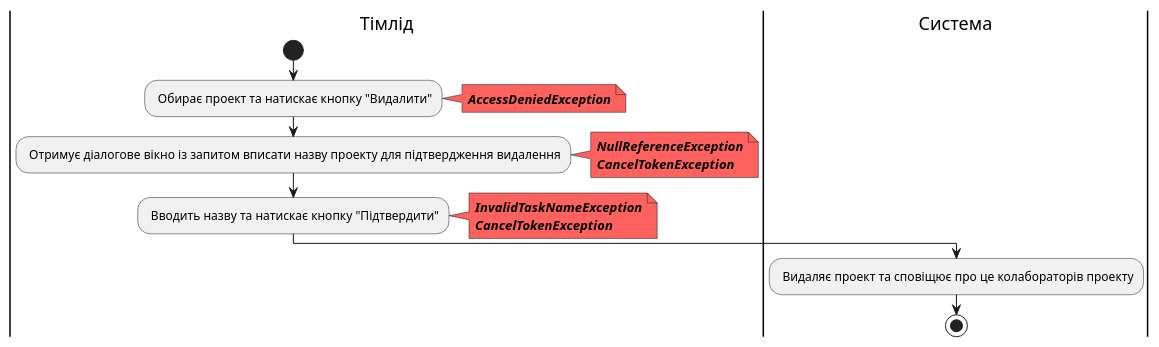
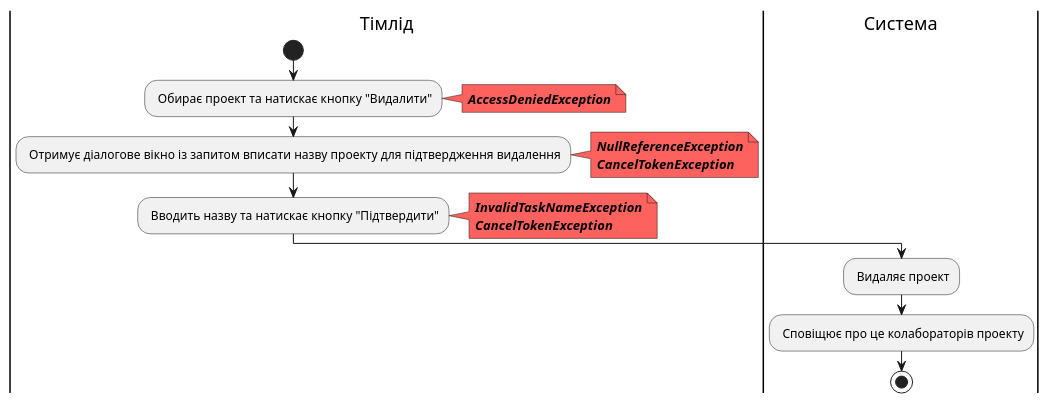
Diagram 13 of 19 in docs/use cases/README.md (stbestichhh/db_project-manager), drawn with PlantUML before and after one commit. The commit also changed other lines of this file, not shown here.

```diff
--- a/docs/use cases/README.md
+++ b/docs/use cases/README.md
@@ -471,24 +472,25 @@
 @startuml
 
 |Тімлід|
 start;
 : Обирає проект та натискає кнопку "Видалити";
 note right #fd625e
 <b><i>AccessDeniedException
 end note
 : Отримує діалогове вікно із запитом вписати назву проекту для підтвердження видалення;
 note right #fd625e
 <b><i>NullReferenceException
 <b><i>CancelTokenException
 end note
 : Вводить назву та натискає кнопку "Підтвердити";
 note right #fd625e
 <b><i>InvalidTaskNameException
 <b><i>CancelTokenException
 end note
 
 |Система|
- : Видаляє проект та сповіщює про це колабораторів проекту; 
+ : Видаляє проект; 
+ : Cповіщює про це колабораторів проекту; 
 
  stop;
 @enduml
```
